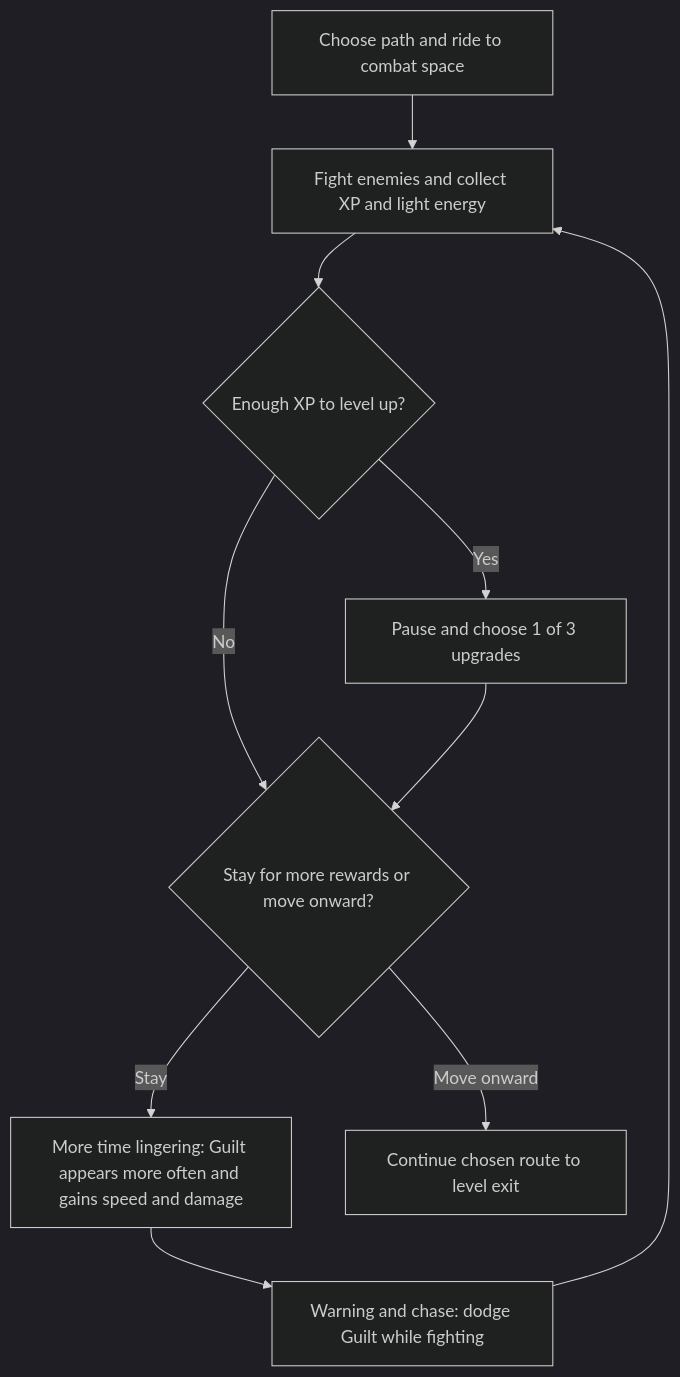
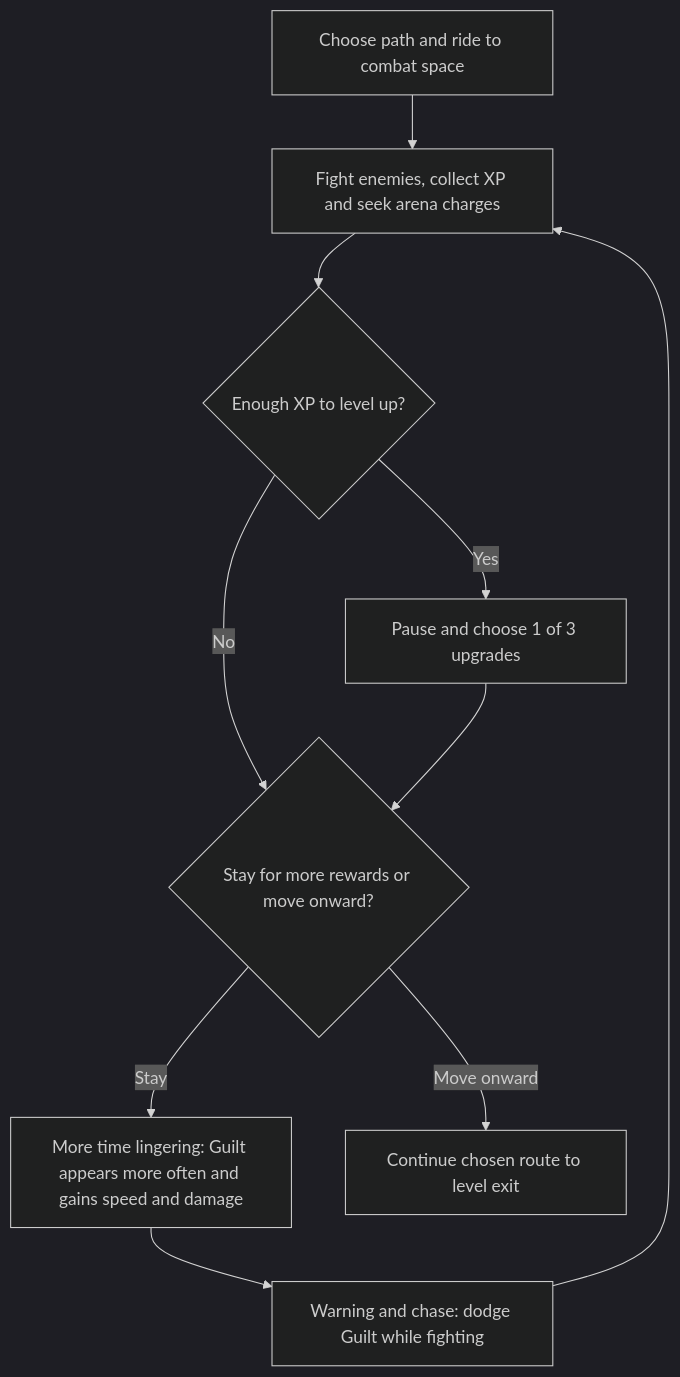
The third of 3 diagrams in docs/Gameplay.md (kihecpihec/boki), drawn with Mermaid (dark theme) before and after one commit. The commit also changed other lines of this file and 5 other files, not shown here.

Commit message:
docs: specify combat pressure upgrades and arena battery recovery

````diff
--- a/docs/Gameplay.md
+++ b/docs/Gameplay.md
@@ -221,12 +226,12 @@
 ```mermaid
 flowchart TD
-    A[Choose path and ride to combat space] --> B[Fight enemies and collect XP and light energy]
+    A[Choose path and ride to combat space] --> B[Fight enemies, collect XP and seek arena charges]
     B --> C{Enough XP to level up?}
     C -- Yes --> D[Pause and choose 1 of 3 upgrades]
     C -- No --> E{Stay for more rewards or move onward?}
     D --> E
     E -- Stay --> F[More time lingering: Guilt appears more often and gains speed and damage]
     F --> G[Warning and chase: dodge Guilt while fighting]
     G --> B
     E -- Move onward --> H[Continue chosen route to level exit]
 ```
````
